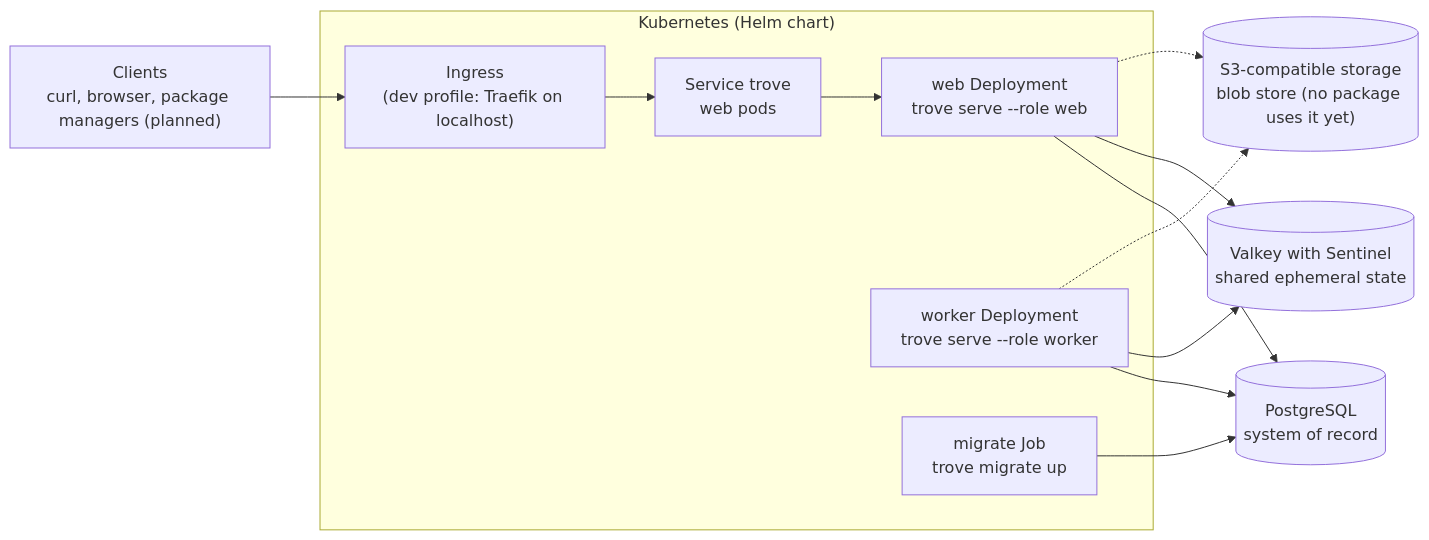
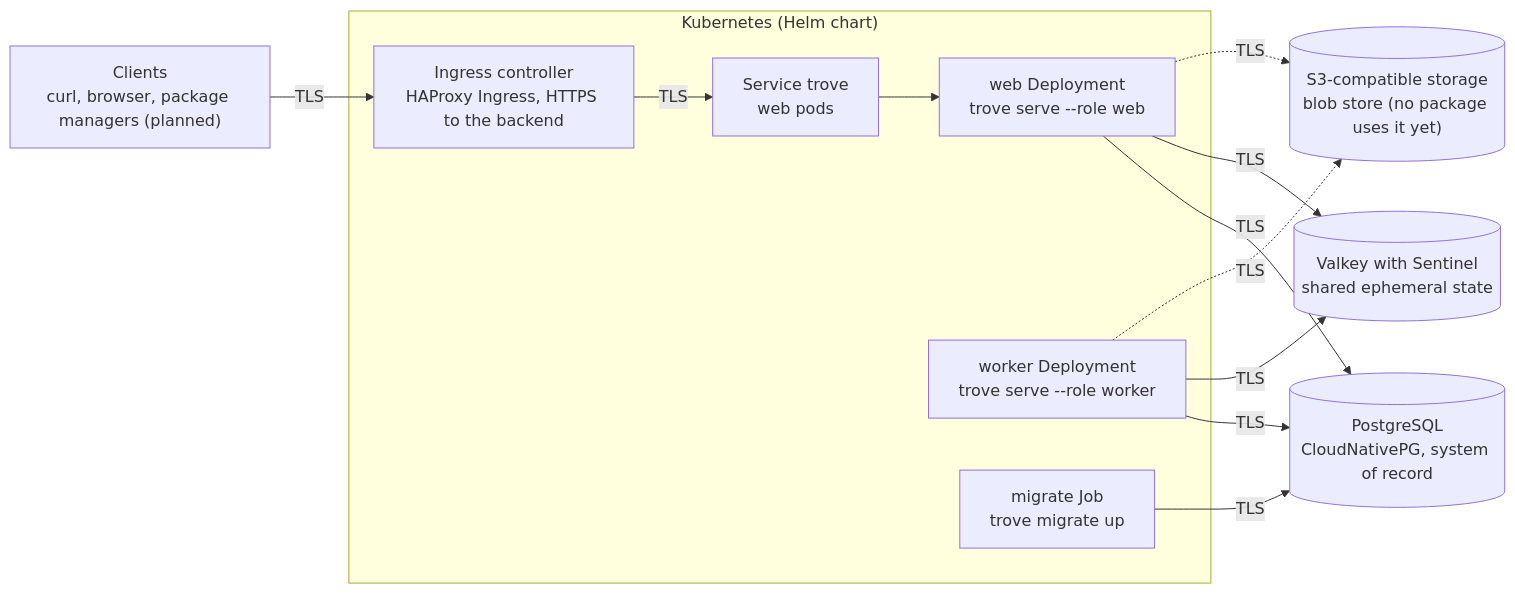
One commit to guided-traffic/trove changed the diagram in README.md. Above: the diagram before and after it, drawn with Mermaid. The commit also changed other lines of this file and 19 other files, not shown here.

First line of the commit message:
Write the security architecture pages and align the docs with the toolstack

````diff
--- a/README.md
+++ b/README.md
@@ -24,23 +24,23 @@
 ```mermaid
 flowchart LR
   cl["Clients<br/>curl, browser, package managers (planned)"]
   subgraph k8s["Kubernetes (Helm chart)"]
-    ing["Ingress<br/>(dev profile: Traefik on localhost)"]
+    edge["Ingress controller<br/>HAProxy Ingress, HTTPS to the backend"]
     svc["Service trove<br/>web pods"]
     web["web Deployment<br/>trove serve --role web"]
     wrk["worker Deployment<br/>trove serve --role worker"]
     mig["migrate Job<br/>trove migrate up"]
   end
-  pg[("PostgreSQL<br/>system of record")]
+  pg[("PostgreSQL<br/>CloudNativePG, system of record")]
   vk[("Valkey with Sentinel<br/>shared ephemeral state")]
   s3[("S3-compatible storage<br/>blob store (no package uses it yet)")]
 
-  cl --> ing --> svc --> web
-  web --> pg
-  web --> vk
-  wrk --> pg
-  wrk --> vk
-  mig --> pg
-  web -.-> s3
-  wrk -.-> s3
+  cl -->|TLS| edge -->|TLS| svc --> web
+  web -->|TLS| pg
+  web -->|TLS| vk
+  wrk -->|TLS| pg
+  wrk -->|TLS| vk
+  mig -->|TLS| pg
+  web -.->|TLS| s3
+  wrk -.->|TLS| s3
 ```
````
